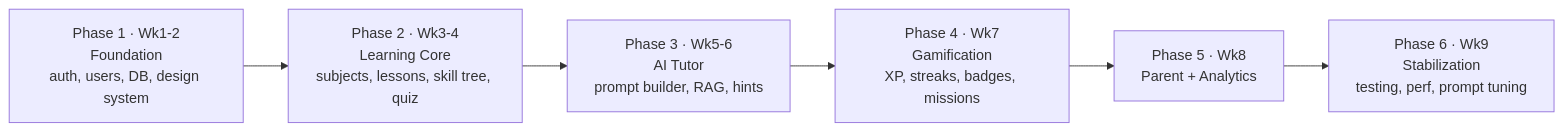
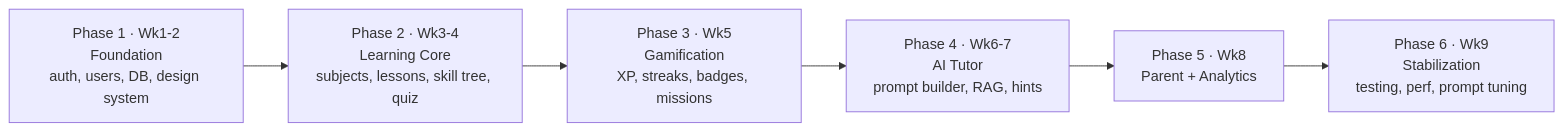
One commit to ahmedelbaradey/Learnexia changed the diagram in docs/BUSINESS_PLAN.md. Above: the diagram before and after it, drawn with Mermaid. The commit also changed other lines of this file and 30 other files, not shown here.

First line of the commit message:
docs(planning): reorder phases — Gamification = P3 (Week 5), AI Tutor = P4 (Weeks 6–7)

````diff
--- a/docs/BUSINESS_PLAN.md
+++ b/docs/BUSINESS_PLAN.md
@@ -23,10 +23,10 @@
 ```mermaid
 graph LR
     P1["Phase 1 · Wk1-2<br/>Foundation<br/>auth, users, DB, design system"]
     P2["Phase 2 · Wk3-4<br/>Learning Core<br/>subjects, lessons, skill tree, quiz"]
-    P3["Phase 3 · Wk5-6<br/>AI Tutor<br/>prompt builder, RAG, hints"]
-    P4["Phase 4 · Wk7<br/>Gamification<br/>XP, streaks, badges, missions"]
+    P3["Phase 3 · Wk5<br/>Gamification<br/>XP, streaks, badges, missions"]
+    P4["Phase 4 · Wk6-7<br/>AI Tutor<br/>prompt builder, RAG, hints"]
     P5["Phase 5 · Wk8<br/>Parent + Analytics"]
     P6["Phase 6 · Wk9<br/>Stabilization<br/>testing, perf, prompt tuning"]
     P1 --> P2 --> P3 --> P4 --> P5 --> P6
 ```
````
